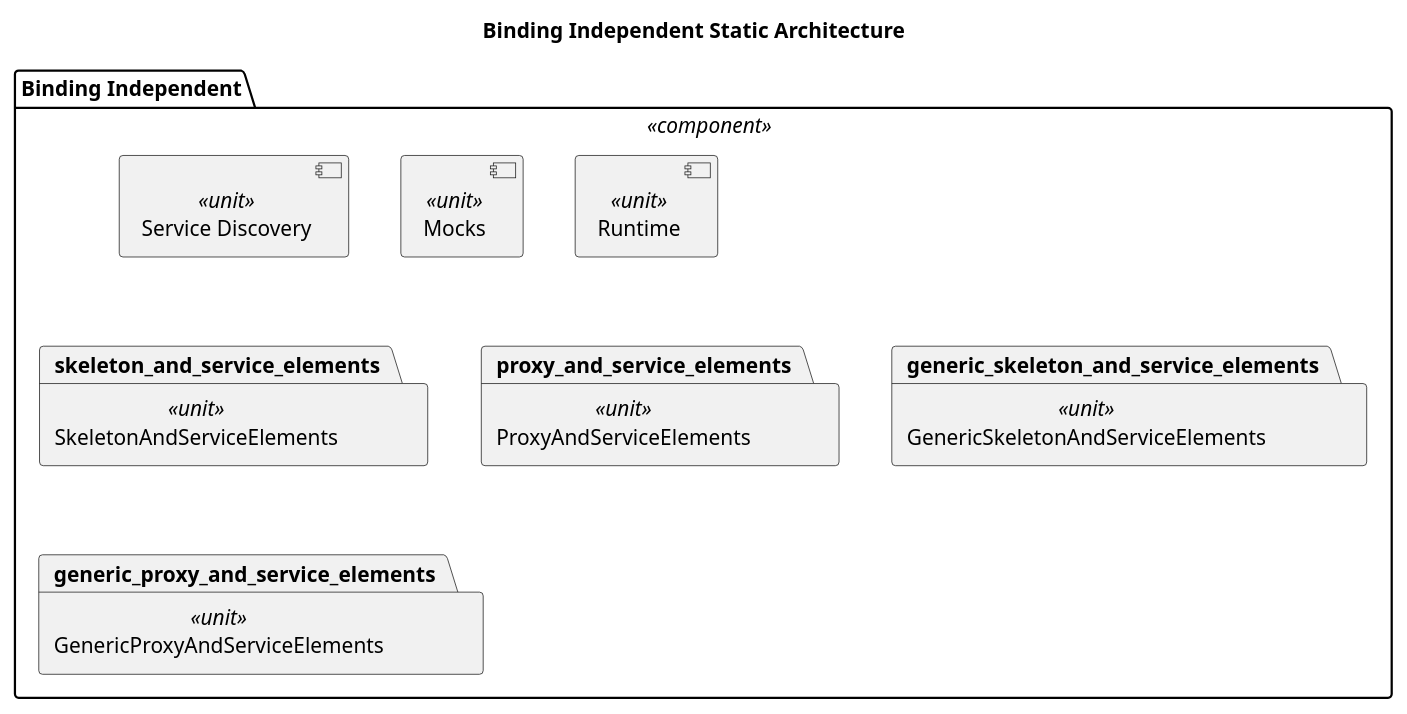
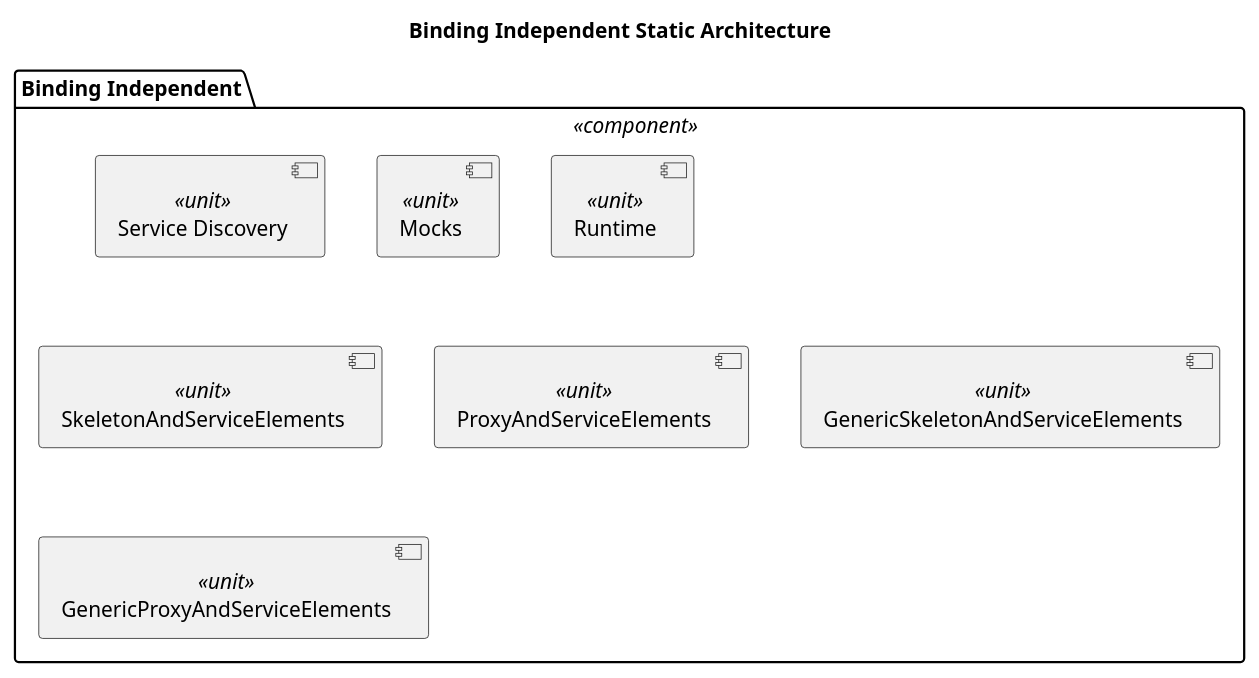
The diagram in score/mw/com/dependability/architectural_design/static_design/binding_independent.puml (eclipse-score/communication), drawn with PlantUML before and after one commit. The commit also changed 3 other files, not shown here.

First line of the commit message:
safety_sentinel: Use component instead of package keyword

```diff
--- a/score/mw/com/dependability/architectural_design/static_design/binding_independent.puml
+++ b/score/mw/com/dependability/architectural_design/static_design/binding_independent.puml
@@ -13,18 +13,18 @@
 @startuml safety_sentinel_binding_independent_design
 title "Binding Independent Static Architecture"
 
 package "Binding Independent" as binding_independent <<component>> {
   component "Service Discovery" as service_discovery <<unit>> 
   component "Mocks" as mocks <<unit>> 
   component "Runtime" as runtime <<unit>> 
 
-  package "SkeletonAndServiceElements" as skeleton_and_service_elements <<unit>>
+  component "SkeletonAndServiceElements" as skeleton_and_service_elements <<unit>>
 
-  package "ProxyAndServiceElements" as proxy_and_service_elements <<unit>>
+  component "ProxyAndServiceElements" as proxy_and_service_elements <<unit>>
 
-  package "GenericSkeletonAndServiceElements" as generic_skeleton_and_service_elements <<unit>>
+  component "GenericSkeletonAndServiceElements" as generic_skeleton_and_service_elements <<unit>>
 
-  package "GenericProxyAndServiceElements" as generic_proxy_and_service_elements <<unit>>
+  component "GenericProxyAndServiceElements" as generic_proxy_and_service_elements <<unit>>
 }
 
 @enduml
```
